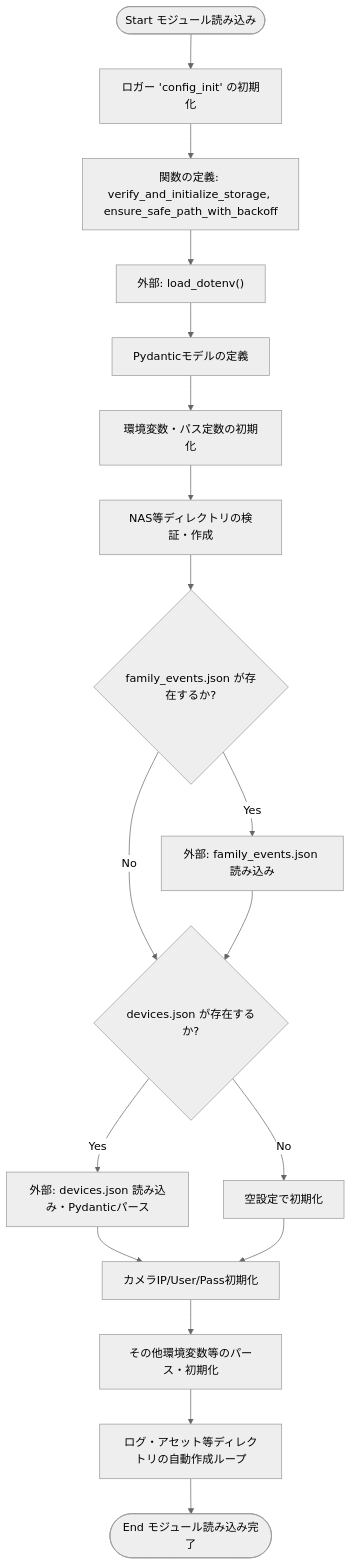
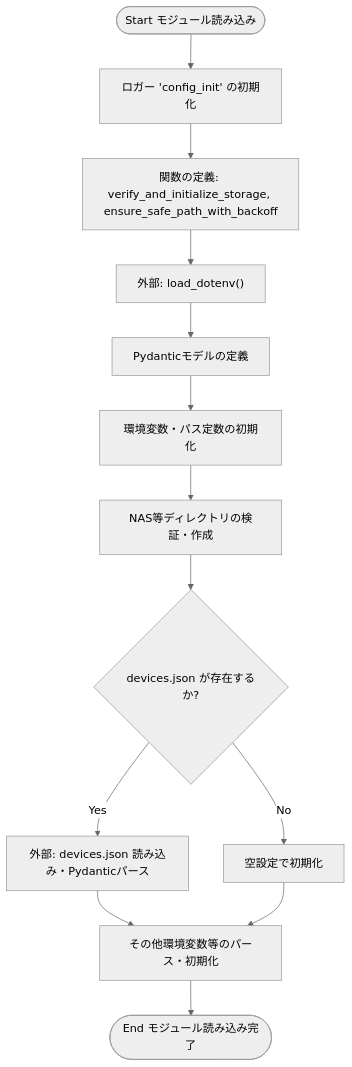
The first of 2 diagrams in docs/specifications/MY_HOME_SYSTEM/config.md (mmtigers/my_python_project), drawn with Mermaid (neutral theme) before and after one commit. The commit also changed other lines of this file and 46 other files, not shown here.

````diff
--- a/docs/specifications/MY_HOME_SYSTEM/config.md
+++ b/docs/specifications/MY_HOME_SYSTEM/config.md
@@ -276,25 +274,17 @@
 ```mermaid
 flowchart TD
     Start(["Start モジュール読み込み"]) --> SetupLogger["ロガー 'config_init' の初期化"]
     SetupLogger --> DefFuncs["関数の定義: verify_and_initialize_storage, ensure_safe_path_with_backoff"]
     DefFuncs --> LoadDotenv["外部: load_dotenv()"]
     LoadDotenv --> DefModels["Pydanticモデルの定義"]
     DefModels --> LoadEnvVars["環境変数・パス定数の初期化"]
     LoadEnvVars --> CheckNAS["NAS等ディレクトリの検証・作成"]
     
-    CheckNAS --> LoadFamilyEvents{"family_events.json が存在するか?"}
-    LoadFamilyEvents -- Yes --> ReadEvents["外部: family_events.json 読み込み"]
-    LoadFamilyEvents -- No --> LoadDevicesJson
-    ReadEvents --> LoadDevicesJson
-    
-    LoadDevicesJson{"devices.json が存在するか?"}
+    CheckNAS --> LoadDevicesJson{"devices.json が存在するか?"}
     LoadDevicesJson -- Yes --> ReadDevices["外部: devices.json 読み込み・Pydanticパース"]
-    ReadDevices --> InitCameraVars["カメラIP/User/Pass初期化"]
     LoadDevicesJson -- No --> EmptyDeviceConfig["空設定で初期化"]
-    EmptyDeviceConfig --> InitCameraVars
-    
-    InitCameraVars --> ParseOtherVars["その他環境変数等のパース・初期化"]
-    ParseOtherVars --> EnsureDirs["ログ・アセット等ディレクトリの自動作成ループ"]
-    EnsureDirs --> End(["End モジュール読み込み完了"])
+    ReadDevices --> ParseOtherVars
+    EmptyDeviceConfig --> ParseOtherVars["その他環境変数等のパース・初期化"]
+    ParseOtherVars --> End(["End モジュール読み込み完了"])
 
 ```
````
